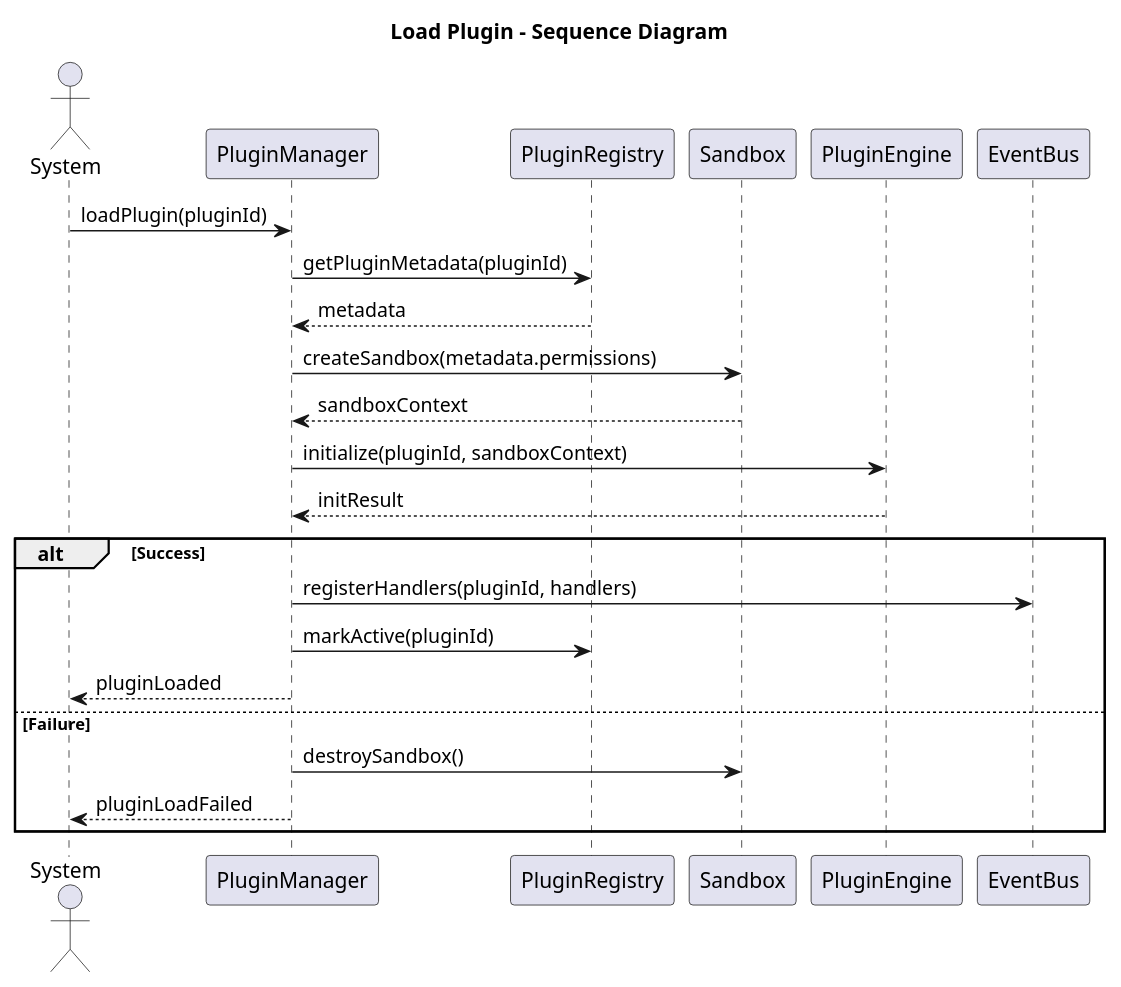
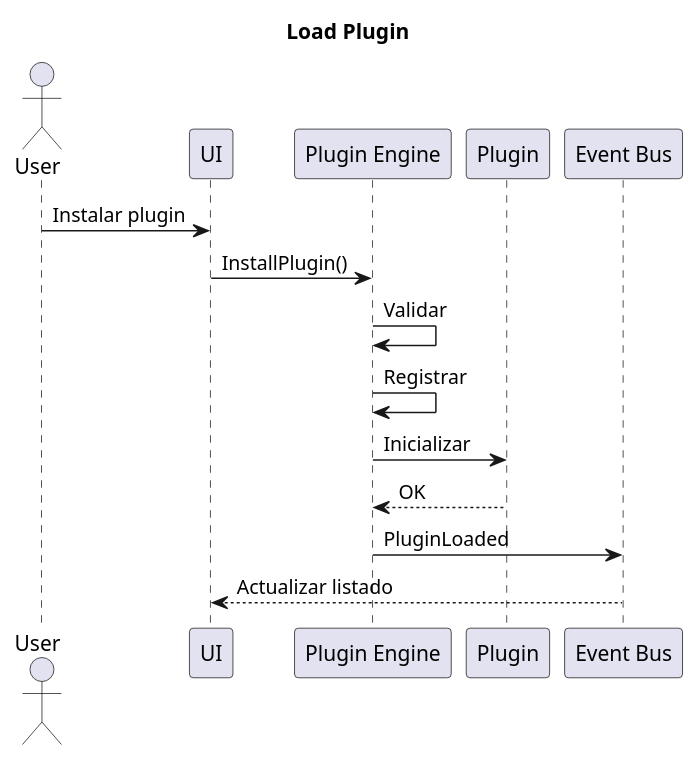
The diagram in V-1/00-Architecture/UML/Sequence/LoadPlugin.puml (Sebailla/KnowledgeOS), drawn with PlantUML before and after one commit. The commit also changed 15 other files, not shown here.

Commit message:
feat(documentation): Update sequence diagrams and add detailed markdown descriptions for document operations

```diff
--- a/V-1/00-Architecture/UML/Sequence/LoadPlugin.puml
+++ b/V-1/00-Architecture/UML/Sequence/LoadPlugin.puml
@@ -1,27 +1,31 @@
 @startuml LoadPlugin
-title Load Plugin - Sequence Diagram
 
-actor System
-participant "PluginManager" as PM
-participant "PluginRegistry" as Reg
-participant "Sandbox" as SB
-participant "PluginEngine" as PE
-participant "EventBus" as EB
+title Load Plugin
 
-System -> PM : loadPlugin(pluginId)
-PM -> Reg : getPluginMetadata(pluginId)
-Reg --> PM : metadata
-PM -> SB : createSandbox(metadata.permissions)
-SB --> PM : sandboxContext
-PM -> PE : initialize(pluginId, sandboxContext)
-PE --> PM : initResult
-alt Success
-    PM -> EB : registerHandlers(pluginId, handlers)
-    PM -> Reg : markActive(pluginId)
-    PM --> System : pluginLoaded
-else Failure
-    PM -> SB : destroySandbox()
-    PM --> System : pluginLoadFailed
-end
+actor User
+
+participant UI
+
+participant "Plugin Engine" as PluginEngine
+
+participant Plugin
+
+participant "Event Bus" as Events
+
+User -> UI : Instalar plugin
+
+UI -> PluginEngine : InstallPlugin()
+
+PluginEngine -> PluginEngine : Validar
+
+PluginEngine -> PluginEngine : Registrar
+
+PluginEngine -> Plugin : Inicializar
+
+Plugin --> PluginEngine : OK
+
+PluginEngine -> Events : PluginLoaded
+
+Events --> UI : Actualizar listado
 
 @enduml
```
